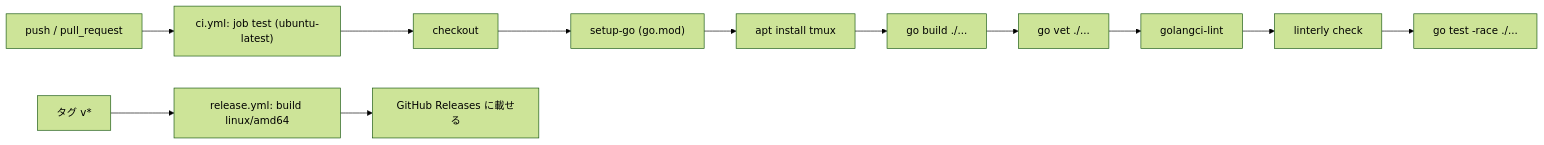
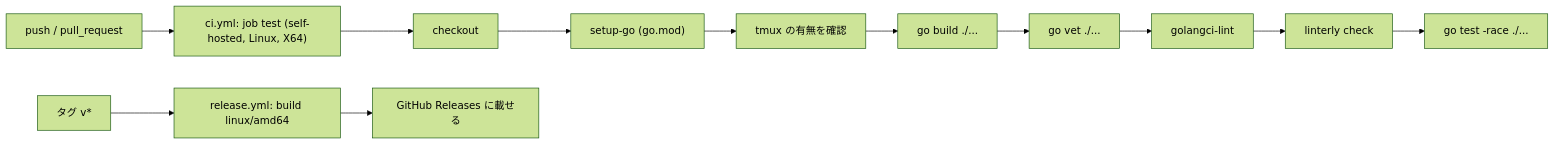
Before and after one commit to ousiassllc/swarm-console: the diagram in docs/environment/setup.md, drawn with Mermaid (forest theme). The commit also changed other lines of this file and 9 other files, not shown here.

````diff
--- a/docs/environment/setup.md
+++ b/docs/environment/setup.md
@@ -87,7 +90,7 @@
 ```mermaid
 flowchart LR
-    T["push / pull_request"] --> J["ci.yml: job test (ubuntu-latest)"]
-    J --> S1["checkout"] --> S2["setup-go (go.mod)"] --> S3["apt install tmux"]
+    T["push / pull_request"] --> J["ci.yml: job test (self-hosted, Linux, X64)"]
+    J --> S1["checkout"] --> S2["setup-go (go.mod)"] --> S3["tmux の有無を確認"]
     S3 --> S4["go build ./..."] --> S5["go vet ./..."] --> S6["golangci-lint"] --> S7["linterly check"] --> S8["go test -race ./..."]
     TAG["タグ v*"] --> R["release.yml: build linux/amd64"] --> REL["GitHub Releases に載せる"]
 ```
````
